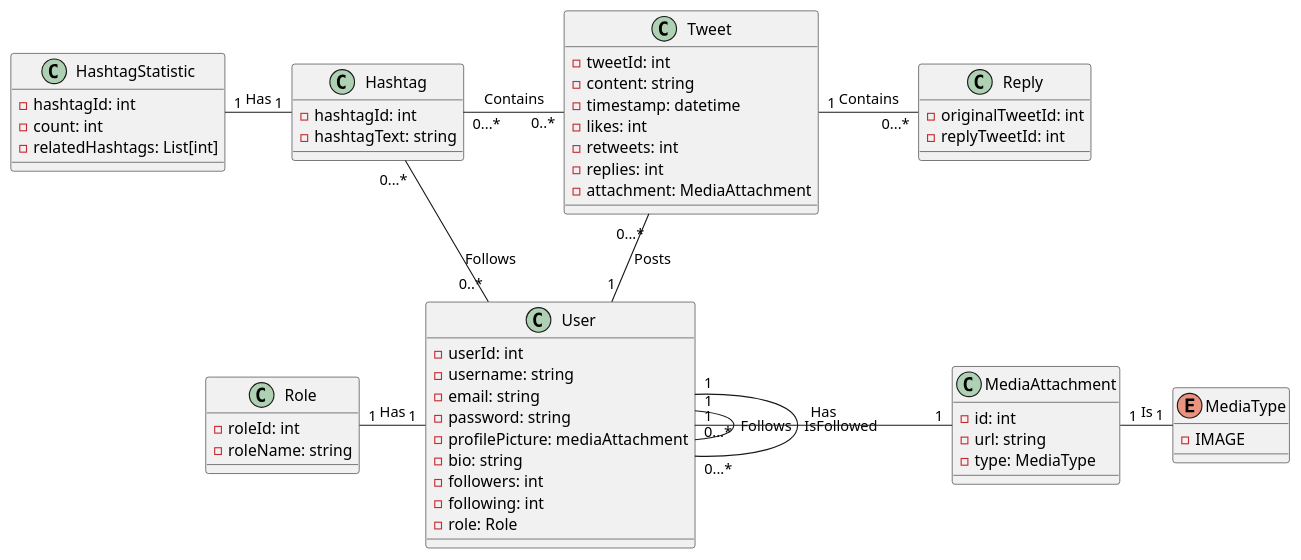
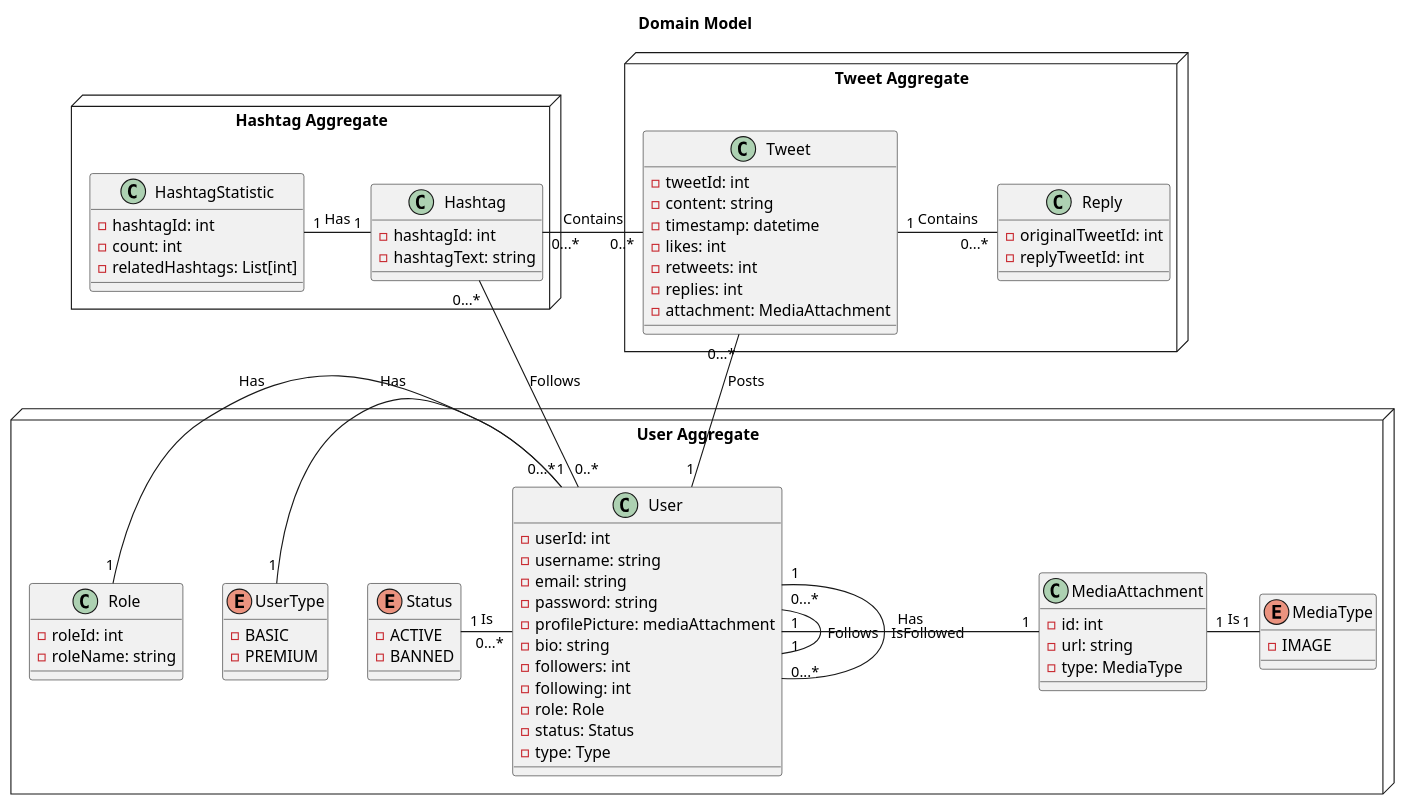
One commit to tomasoliveira21/desofs2024_M1B_3 changed the diagram in deliverables/phase_1/design/domain_model.puml. Above: the diagram before and after it, drawn with PlantUML. The commit also changed 15 other files, not shown here.

```diff
--- a/deliverables/phase_1/design/domain_model.puml
+++ b/deliverables/phase_1/design/domain_model.puml
@@ -1,81 +1,95 @@
 @startuml "SocialNet"
 
-' User Aggregate
+title Domain Model
 
-class User {
-    - userId: int
-    - username: string
-    - email: string
-    - password: string
-    - profilePicture: mediaAttachment
-    - bio: string
-    - followers: int
-    - following: int
-    - role: Role
+node "User Aggregate" {
+    class User {
+        - userId: int
+        - username: string
+        - email: string
+        - password: string
+        - profilePicture: mediaAttachment
+        - bio: string
+        - followers: int
+        - following: int
+        - role: Role
+        - status: Status
+        - type: Type
+    }
+
+    class Role {
+        - roleId: int
+        - roleName: string
+    }
+
+    enum MediaType {
+        - IMAGE
+    }
+
+    enum UserType {
+        - BASIC
+        - PREMIUM
+    }
+
+    enum Status {
+        - ACTIVE
+        - BANNED
+    }
+
+    class MediaAttachment {
+        - id: int
+        - url: string
+        - type: MediaType
+    }
 }
 
-class Role {
-    - roleId: int
-    - roleName: string
-}
+node "Tweet Aggregate" {
+    class Tweet {
+        - tweetId: int
+        - content: string
+        - timestamp: datetime
+        - likes: int
+        - retweets: int
+        - replies: int
+        - attachment: MediaAttachment
+    }
 
-enum MediaType {
-    - IMAGE
-}
-
-class MediaAttachment {
-    - id: int
-    - url: string
-    - type: MediaType
+    class Reply {
+        - originalTweetId: int
+        - replyTweetId: int
+    }
 }
 
 
-' Tweet Aggregate
+node "Hashtag Aggregate" {
+    class Hashtag {
+        - hashtagId: int
+        - hashtagText: string
+    }
 
-class Tweet {
-    - tweetId: int
-    - content: string
-    - timestamp: datetime
-    - likes: int
-    - retweets: int
-    - replies: int
-    - attachment: MediaAttachment
+    class HashtagStatistic {
+        - hashtagId: int
+        - count: int
+        - relatedHashtags: List[int]
+    }
 }
-
-class Reply {
-    - originalTweetId: int
-    - replyTweetId: int
-}
-
-
-' Hashtag Aggregate
-
-class Hashtag {
-    - hashtagId: int
-    - hashtagText: string
-}
-
-class HashtagStatistic {
-    - hashtagId: int
-    - count: int
-    - relatedHashtags: List[int]
-}
-
 
 User "1" -up- "0...*" Tweet : Posts
 
-User "1" -down- "0...*" User : Follows
+User "1" -up- "0...*" User : Follows
 User "1" -down- "0...*" User : IsFollowed
 
+User "0...*" -left- "1" Status : Is
+User "0...*" -left- "1" UserType : Has
 User "1" -left- "1" Role : Has
 User "1" -right- "1" MediaAttachment: Has
 
 MediaAttachment "1" -right- "1" MediaType: Is
 
 Tweet "0..*" -left- "0...*" Hashtag : Contains
 Tweet "1" -right- "0...*" Reply: Contains
-User "0..*" -- "0...*" Hashtag : Follows
+User "0..*" -up- "0...*" Hashtag : Follows
 
 Hashtag "1" -left- "1" HashtagStatistic: Has
 
 @enduml
```
